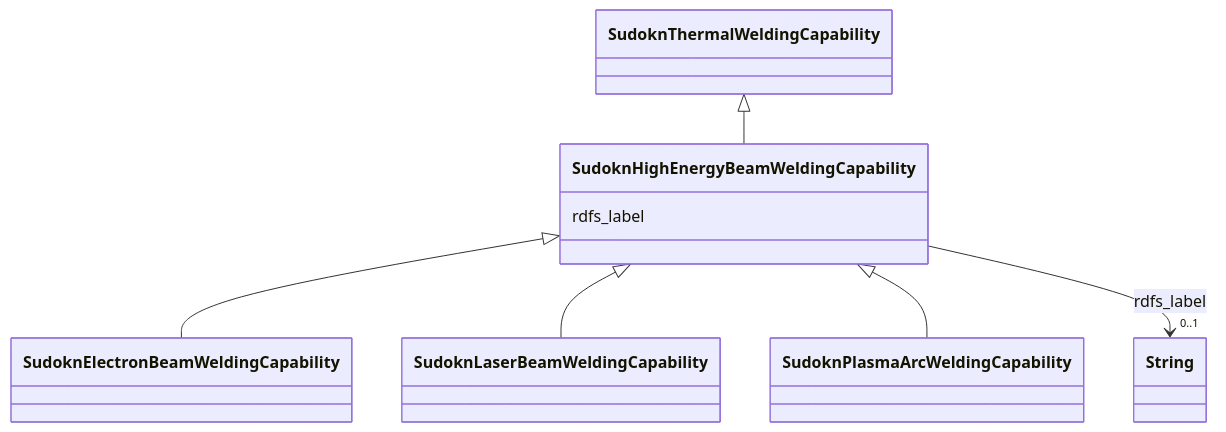
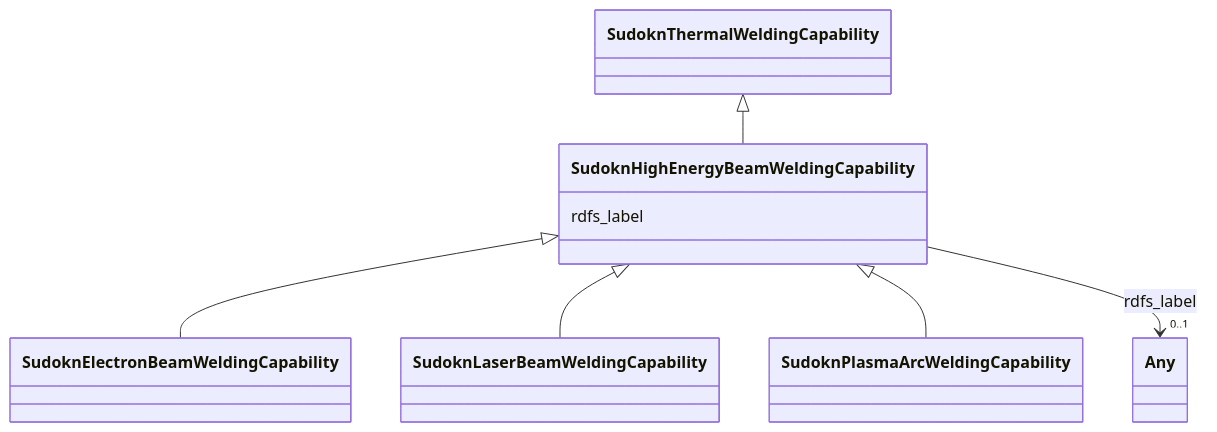
Before and after one commit to frink-okn/graph-descriptions: the diagram in sudokn-kg/classes/SudoknHighEnergyBeamWeldingCapability.md, drawn with Mermaid. The commit also changed other lines of this file and 903 other files, not shown here.

````diff
--- a/sudokn-kg/classes/SudoknHighEnergyBeamWeldingCapability.md
+++ b/sudokn-kg/classes/SudoknHighEnergyBeamWeldingCapability.md
@@ -23,27 +16,27 @@
 ```mermaid
  classDiagram
     class SudoknHighEnergyBeamWeldingCapability
     click SudoknHighEnergyBeamWeldingCapability href "../SudoknHighEnergyBeamWeldingCapability"
       SudoknThermalWeldingCapability <|-- SudoknHighEnergyBeamWeldingCapability
         click SudoknThermalWeldingCapability href "../SudoknThermalWeldingCapability"
       
 
       SudoknHighEnergyBeamWeldingCapability <|-- SudoknElectronBeamWeldingCapability
         click SudoknElectronBeamWeldingCapability href "../SudoknElectronBeamWeldingCapability"
       SudoknHighEnergyBeamWeldingCapability <|-- SudoknLaserBeamWeldingCapability
         click SudoknLaserBeamWeldingCapability href "../SudoknLaserBeamWeldingCapability"
       SudoknHighEnergyBeamWeldingCapability <|-- SudoknPlasmaArcWeldingCapability
         click SudoknPlasmaArcWeldingCapability href "../SudoknPlasmaArcWeldingCapability"
       
       
       SudoknHighEnergyBeamWeldingCapability : rdfs_label
         
           
     
     
-    SudoknHighEnergyBeamWeldingCapability --> "0..1" String : rdfs_label
-    click String href "../String"
+    SudoknHighEnergyBeamWeldingCapability --> "0..1" Any : rdfs_label
+    click Any href "../Any"
 
         
       
 ```
````
